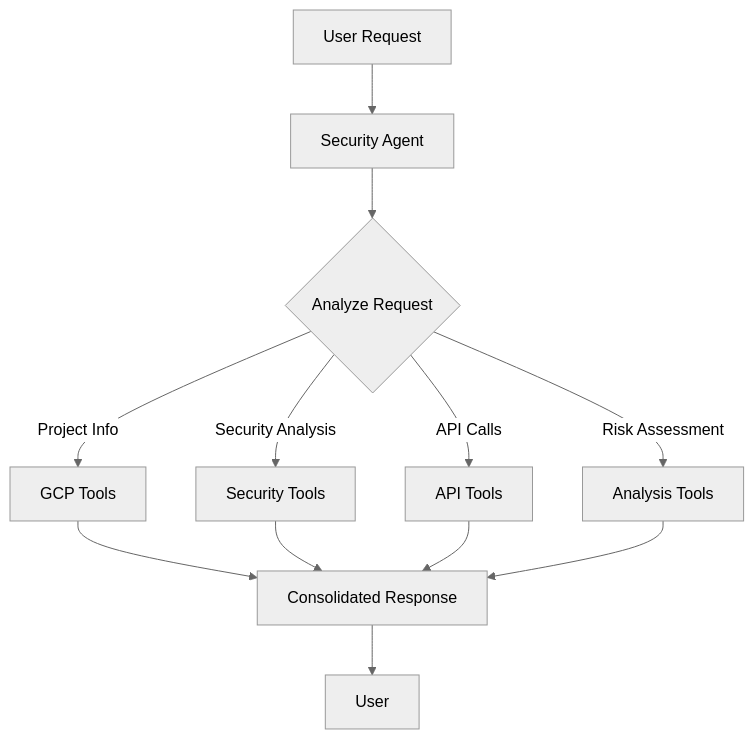
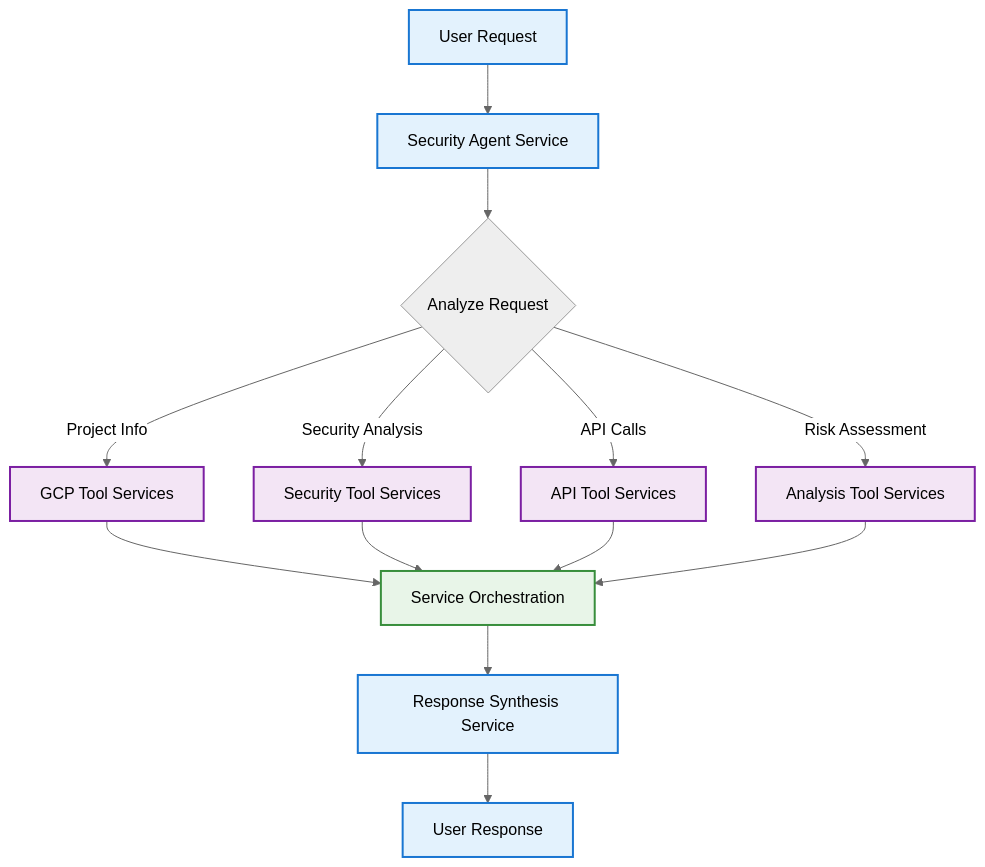
One commit to google/adk-python changed the diagram in contributing/samples/security_agent/AGENT_TOOLS_ARCHITECTURE.md. Above: the diagram before and after it, drawn with Mermaid (neutral theme). The commit also changed other lines of this file and 2 other files, not shown here.

First line of the commit message:
feat: Standardize documentation with consistent service-based architecture

````diff
--- a/contributing/samples/security_agent/AGENT_TOOLS_ARCHITECTURE.md
+++ b/contributing/samples/security_agent/AGENT_TOOLS_ARCHITECTURE.md
@@ -67,14 +67,23 @@
 ```mermaid
 graph TD
-    A[User Request] --> B[Security Agent]
+    A[User Request] --> B[Security Agent Service]
     B --> C{Analyze Request}
-    C -->|Project Info| D[GCP Tools]
-    C -->|Security Analysis| E[Security Tools]
-    C -->|API Calls| F[API Tools]
-    C -->|Risk Assessment| G[Analysis Tools]
-    D --> H[Consolidated Response]
+    C -->|Project Info| D[GCP Tool Services]
+    C -->|Security Analysis| E[Security Tool Services]
+    C -->|API Calls| F[API Tool Services]
+    C -->|Risk Assessment| G[Analysis Tool Services]
+    D --> H[Service Orchestration]
     E --> H
     F --> H
     G --> H
-    H --> I[User]
+    H --> I[Response Synthesis Service]
+    I --> J[User Response]
+    
+    classDef agent fill:#e3f2fd,stroke:#1976d2,stroke-width:2px
+    classDef tools fill:#f3e5f5,stroke:#7b1fa2,stroke-width:2px
+    classDef orchestration fill:#e8f5e8,stroke:#388e3c,stroke-width:2px
+    
+    class A,B,I,J agent
+    class D,E,F,G tools
+    class H orchestration
 ```
````
